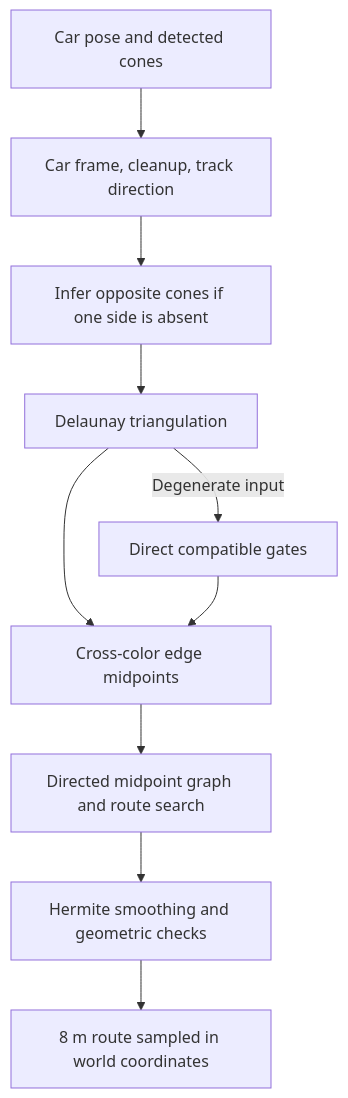
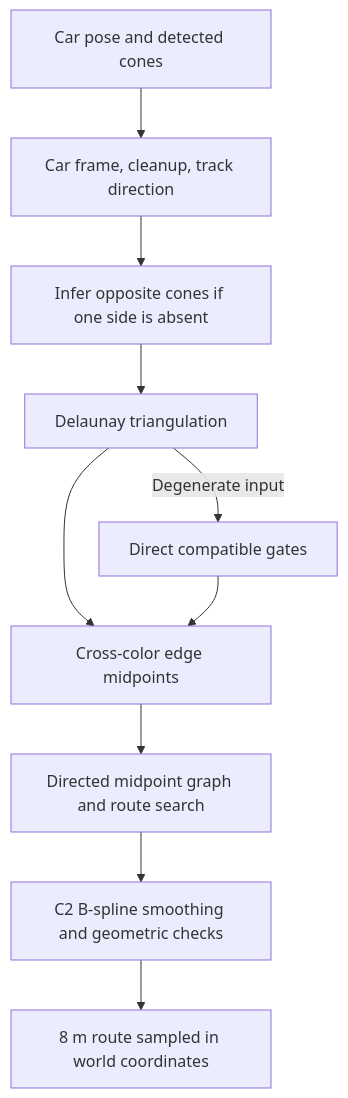
Before and after one commit to hassanradwannn/PlanningTask: the diagram in REPORT.md, drawn with Mermaid. The commit also changed other lines of this file and 14 other files, not shown here.

Commit message:
Smooth graph routes with cubic B-splines and add all-scenario viewers

````diff
--- a/REPORT.md
+++ b/REPORT.md
@@ -40,12 +40,12 @@
 ```mermaid
 flowchart TD
     A[Car pose and detected cones] --> B[Car frame, cleanup, track direction]
     B --> C[Infer opposite cones if one side is absent]
     C --> D[Delaunay triangulation]
     D --> E[Cross-color edge midpoints]
     D -->|Degenerate input| F[Direct compatible gates]
     F --> E
     E --> G[Directed midpoint graph and route search]
-    G --> H[Hermite smoothing and geometric checks]
+    G --> H[C2 B-spline smoothing and geometric checks]
     H --> I[8 m route sampled in world coordinates]
 ```
````
